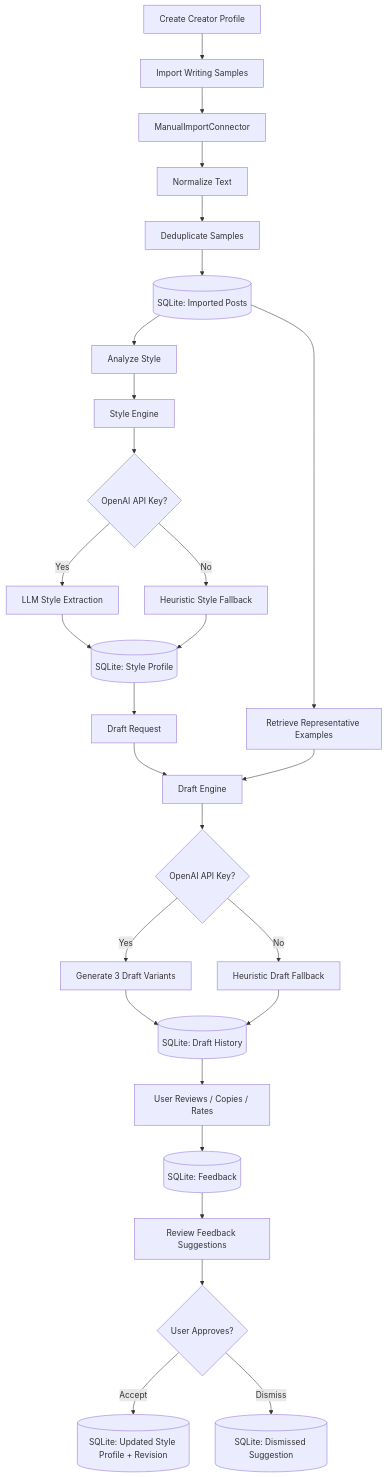
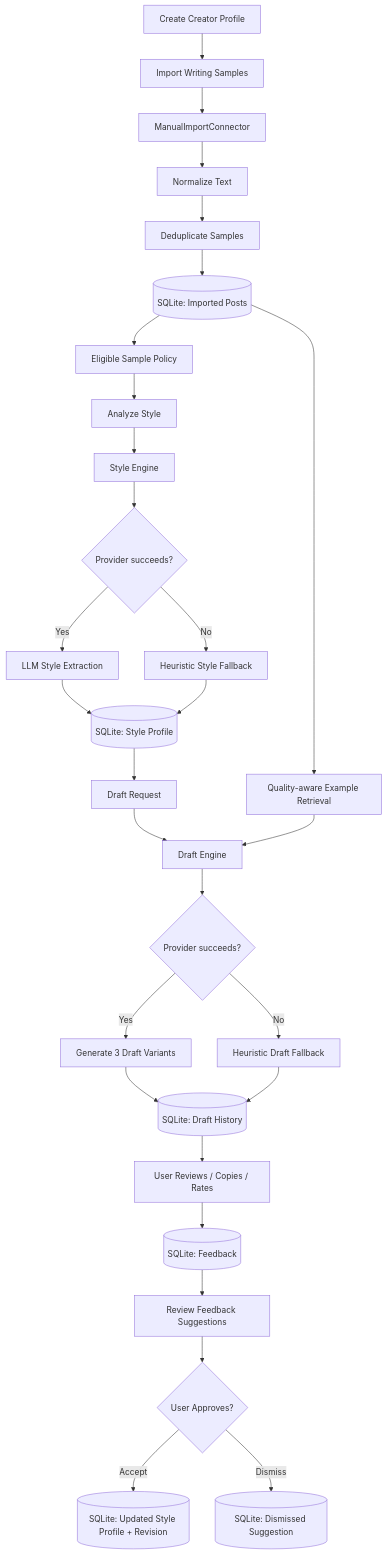
Before and after one commit to Atharva322/contcreator_voicestudio: the diagram in README.md, drawn with Mermaid. The commit also changed other lines of this file, not shown here.

Commit message:
Update README for current platform state

````diff
--- a/README.md
+++ b/README.md
@@ -73,33 +78,34 @@
 ```mermaid
 flowchart TD
     A[Create Creator Profile] --> B[Import Writing Samples]
     B --> C[ManualImportConnector]
     C --> D[Normalize Text]
     D --> E[Deduplicate Samples]
     E --> F[(SQLite: Imported Posts)]
 
-    F --> G[Analyze Style]
-    G --> H[Style Engine]
-    H --> I{OpenAI API Key?}
-    I -->|Yes| J[LLM Style Extraction]
-    I -->|No| K[Heuristic Style Fallback]
-    J --> L[(SQLite: Style Profile)]
-    K --> L
+    F --> G[Eligible Sample Policy]
+    G --> H[Analyze Style]
+    H --> I[Style Engine]
+    I --> J{Provider succeeds?}
+    J -->|Yes| K[LLM Style Extraction]
+    J -->|No| L[Heuristic Style Fallback]
+    K --> M[(SQLite: Style Profile)]
+    L --> M
 
-    L --> M[Draft Request]
-    F --> N[Retrieve Representative Examples]
-    M --> O[Draft Engine]
-    N --> O
-    O --> P{OpenAI API Key?}
-    P -->|Yes| Q[Generate 3 Draft Variants]
-    P -->|No| R[Heuristic Draft Fallback]
-    Q --> S[(SQLite: Draft History)]
-    R --> S
+    M --> N[Draft Request]
+    F --> O[Quality-aware Example Retrieval]
+    N --> P[Draft Engine]
+    O --> P
+    P --> Q{Provider succeeds?}
+    Q -->|Yes| R[Generate 3 Draft Variants]
+    Q -->|No| S[Heuristic Draft Fallback]
+    R --> T[(SQLite: Draft History)]
+    S --> T
 
-    S --> T[User Reviews / Copies / Rates]
-    T --> U[(SQLite: Feedback)]
-    U --> V[Review Feedback Suggestions]
-    V --> W{User Approves?}
-    W -->|Accept| X[(SQLite: Updated Style Profile + Revision)]
-    W -->|Dismiss| Y[(SQLite: Dismissed Suggestion)]
+    T --> U[User Reviews / Copies / Rates]
+    U --> V[(SQLite: Feedback)]
+    V --> W[Review Feedback Suggestions]
+    W --> X{User Approves?}
+    X -->|Accept| Y[(SQLite: Updated Style Profile + Revision)]
+    X -->|Dismiss| Z[(SQLite: Dismissed Suggestion)]
 ```
````
